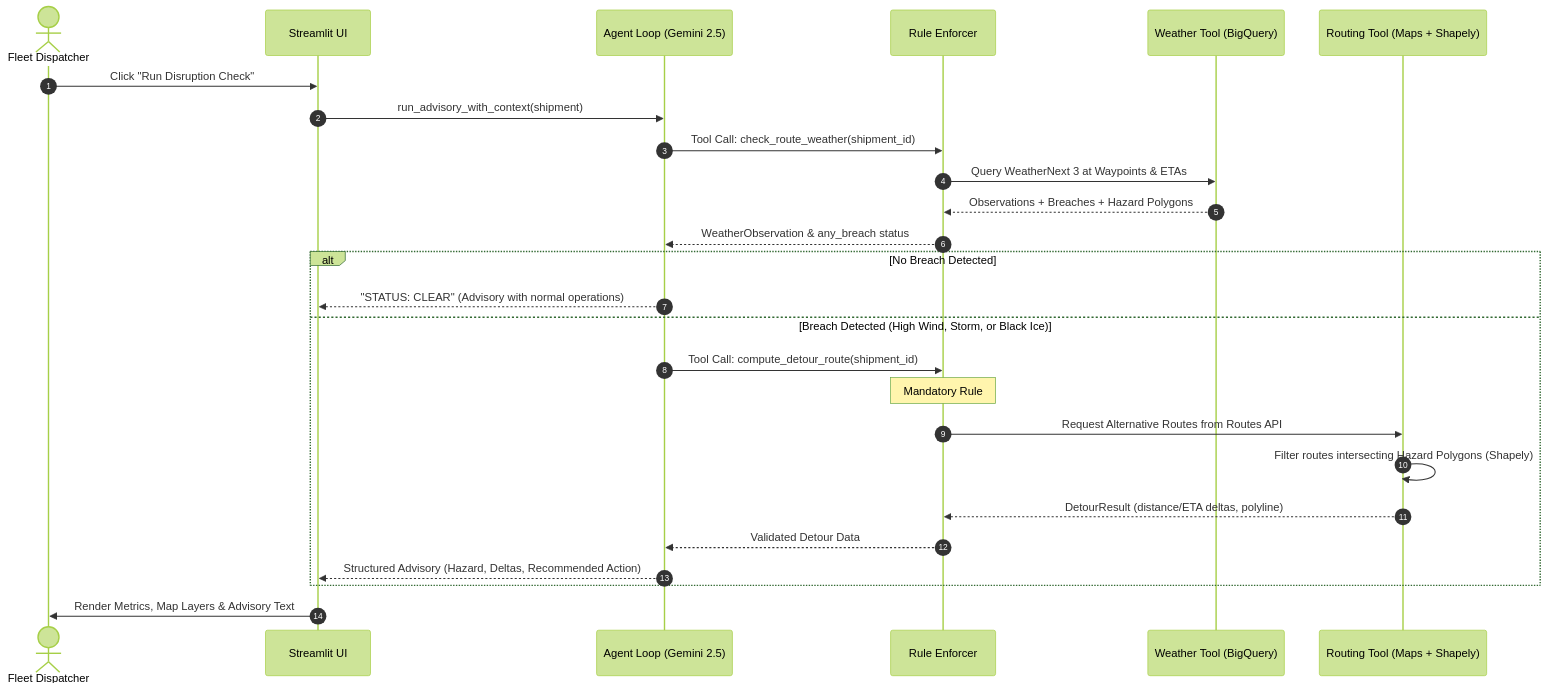
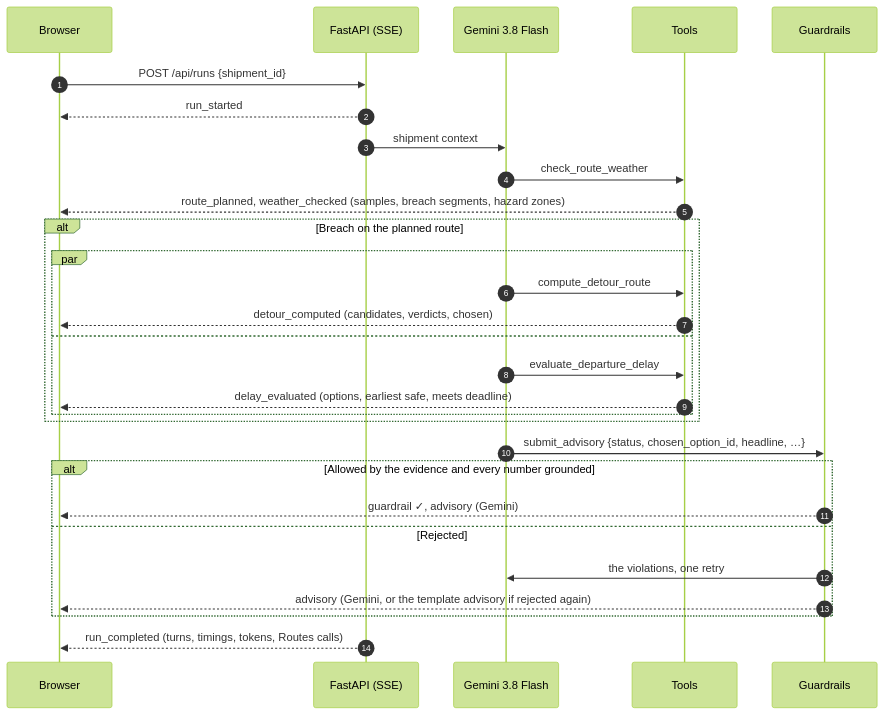
The second of 2 diagrams in README.md (RSibo/weathernext-shipping-demo), drawn with Mermaid (forest theme) before and after one commit. The commit also changed other lines of this file and 129 other files, not shown here.

First line of the commit message:
feat: showcase-ready rebuild (React + Google Maps web app, Gemini 3 agent, Cloud Run deploy)

````diff
--- a/README.md
+++ b/README.md
@@ -96,30 +119,32 @@
 ```mermaid
 sequenceDiagram
     autonumber
-    actor Dispatcher as Fleet Dispatcher
-    participant App as Streamlit UI
-    participant Agent as Agent Loop (Gemini 2.5)
-    participant DispatcherEngine as Rule Enforcer
-    participant WeatherTool as Weather Tool (BigQuery)
-    participant RoutingTool as Routing Tool (Maps + Shapely)
+    participant UI as Browser
+    participant API as FastAPI (SSE)
+    participant G as Gemini 3.8 Flash
+    participant T as Tools
+    participant V as Guardrails
 
-    Dispatcher->>App: Click "Run Disruption Check"
-    App->>Agent: run_advisory_with_context(shipment)
-    Agent->>DispatcherEngine: Tool Call: check_route_weather(shipment_id)
-    DispatcherEngine->>WeatherTool: Query WeatherNext 3 at Waypoints & ETAs
-    WeatherTool-->>DispatcherEngine: Observations + Breaches + Hazard Polygons
-    DispatcherEngine-->>Agent: WeatherObservation & any_breach status
-
-    alt No Breach Detected
-        Agent-->>App: "STATUS: CLEAR" (Advisory with normal operations)
-    else Breach Detected (High Wind, Storm, or Black Ice)
-        Agent->>DispatcherEngine: Tool Call: compute_detour_route(shipment_id)
-        Note over DispatcherEngine: Mandatory Rule #1 Verified (Breach exists)
-        DispatcherEngine->>RoutingTool: Request Alternative Routes from Routes API
-        RoutingTool->>RoutingTool: Filter routes intersecting Hazard Polygons (Shapely)
-        RoutingTool-->>DispatcherEngine: DetourResult (distance/ETA deltas, polyline)
-        DispatcherEngine-->>Agent: Validated Detour Data
-        Agent-->>App: Structured Advisory (Hazard, Deltas, Recommended Action)
+    UI->>API: POST /api/runs {shipment_id}
+    API-->>UI: run_started
+    API->>G: shipment context
+    G->>T: check_route_weather
+    T-->>UI: route_planned, weather_checked (samples, breach segments, hazard zones)
+    alt Breach on the planned route
+        par
+            G->>T: compute_detour_route
+            T-->>UI: detour_computed (candidates, verdicts, chosen)
+        and
+            G->>T: evaluate_departure_delay
+            T-->>UI: delay_evaluated (options, earliest safe, meets deadline)
+        end
     end
-    App->>Dispatcher: Render Metrics, Map Layers & Advisory Text
+    G->>V: submit_advisory {status, chosen_option_id, headline, …}
+    alt Allowed by the evidence and every number grounded
+        V-->>UI: guardrail ✓, advisory (Gemini)
+    else Rejected
+        V->>G: the violations, one retry
+        V-->>UI: advisory (Gemini, or the template advisory if rejected again)
+    end
+    API-->>UI: run_completed (turns, timings, tokens, Routes calls)
 ```
````
